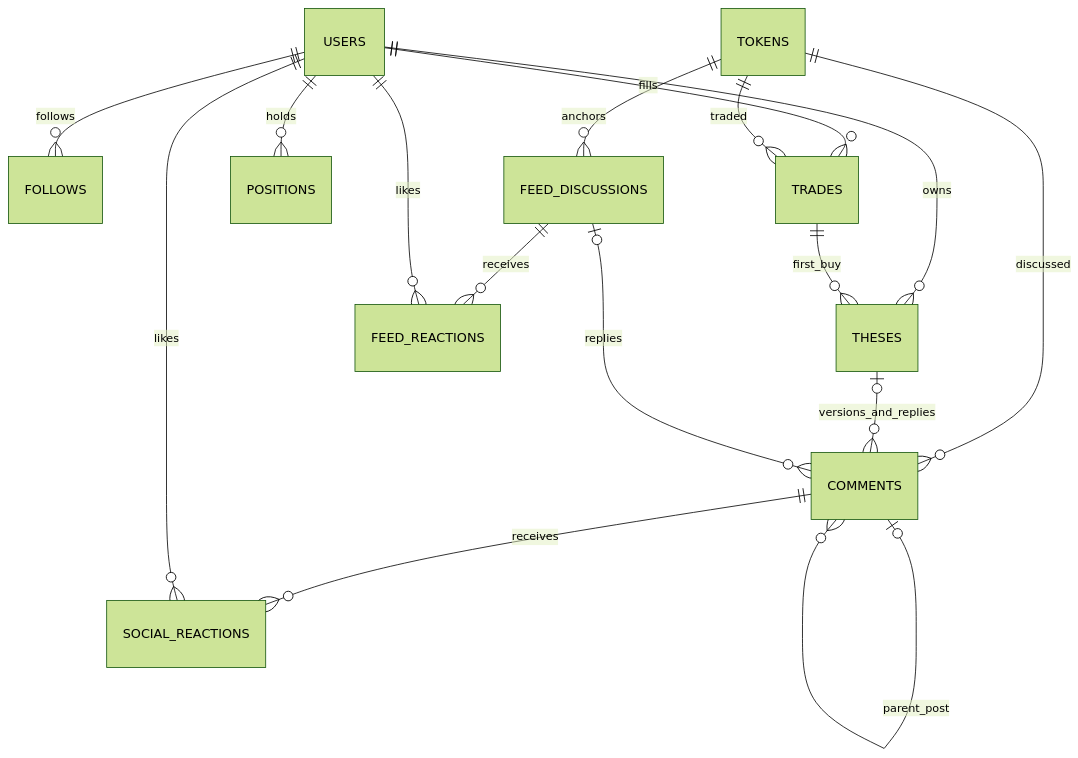
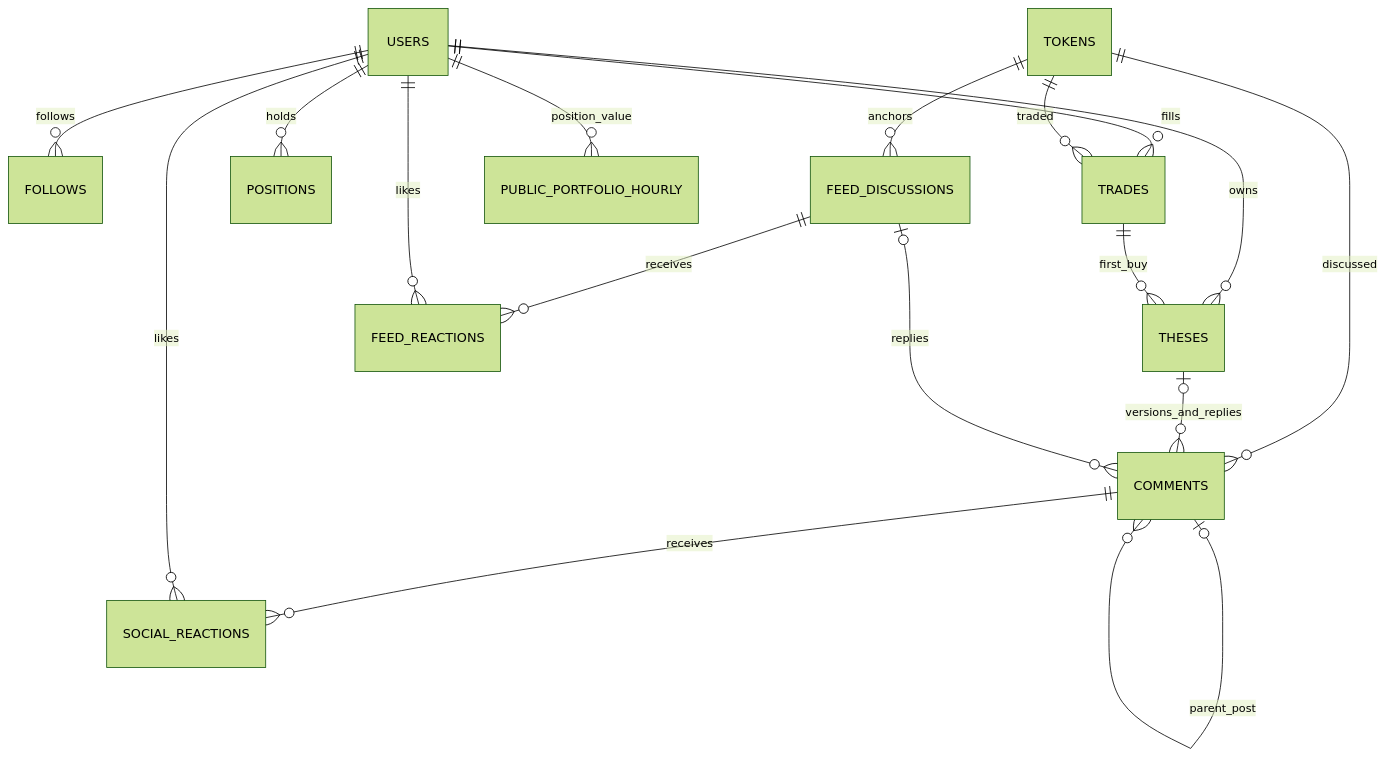
One commit to jog01/agele changed the first of 2 diagrams in docs/social.md. Above: the diagram before and after it, drawn with Mermaid (forest theme). The commit also changed other lines of this file and 27 other files, not shown here.

````diff
--- a/docs/social.md
+++ b/docs/social.md
@@ -16,18 +17,19 @@
 ```mermaid
 erDiagram
     USERS ||--o{ FOLLOWS : follows
     USERS ||--o{ TRADES : fills
     USERS ||--o{ POSITIONS : holds
     USERS ||--o{ THESES : owns
     TOKENS ||--o{ TRADES : traded
     TOKENS ||--o{ COMMENTS : discussed
     TRADES ||--o{ THESES : first_buy
     THESES o|--o{ COMMENTS : versions_and_replies
     COMMENTS o|--o{ COMMENTS : parent_post
     COMMENTS ||--o{ SOCIAL_REACTIONS : receives
     USERS ||--o{ SOCIAL_REACTIONS : likes
     TOKENS ||--o{ FEED_DISCUSSIONS : anchors
     FEED_DISCUSSIONS o|--o{ COMMENTS : replies
     FEED_DISCUSSIONS ||--o{ FEED_REACTIONS : receives
     USERS ||--o{ FEED_REACTIONS : likes
+    USERS ||--o{ PUBLIC_PORTFOLIO_HOURLY : position_value
 ```
````
